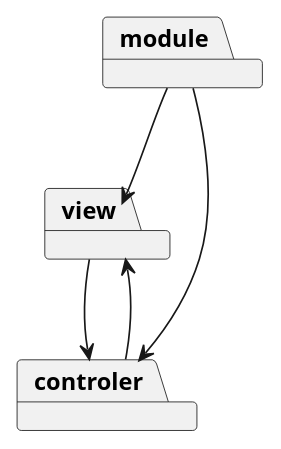
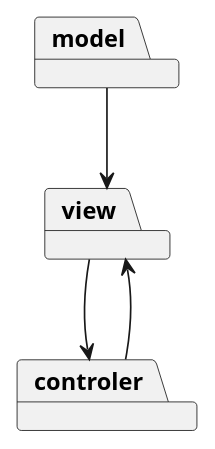
Before and after one commit to milenalara/sistema-de-aluguel-de-carros: the diagram in project/docs/DiagramaDePacotes.puml, drawn with PlantUML.

Commit message:
Correcao sprint 2

```diff
--- a/project/docs/DiagramaDePacotes.puml
+++ b/project/docs/DiagramaDePacotes.puml
@@ -1,12 +1,11 @@
 @startuml Pacotes MVC
 
-package module
+package model
 package view 
 package controler
 
-module --> controler
-module --> view
+model --> view
 
 controler --> view
 view --> controler
 @enduml
```
